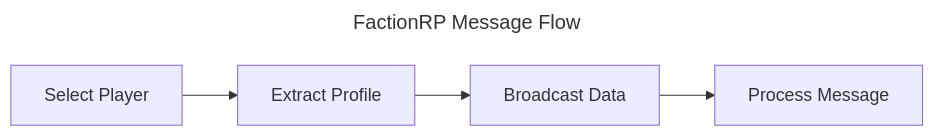
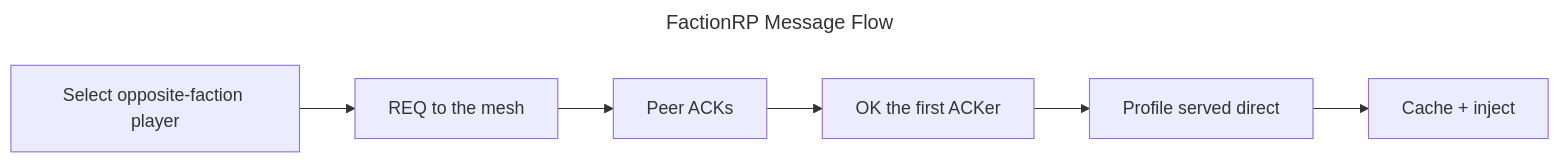
One commit to Duschgell/FactionRP changed the diagram in README.md. Above: the diagram before and after it, drawn with Mermaid. The commit also changed other lines of this file and 12 other files, not shown here.

````diff
--- a/README.md
+++ b/README.md
@@ -14,15 +18,19 @@
 ```mermaid
 ---
 title: FactionRP Message Flow
 ---
 
 flowchart LR
-    start[Select Player]
-    extract[Extract Profile]
-    broadcast[Broadcast Data]
-    process[Process Message]
-    
-    start --> extract
-    extract --> broadcast
-    broadcast --> process
+    start[Select opposite-faction player]
+    request[REQ to the mesh]
+    ack[Peer ACKs]
+    ok[OK the first ACKer]
+    serve[Profile served direct]
+    process[Cache + inject]
+
+    start --> request
+    request --> ack
+    ack --> ok
+    ok --> serve
+    serve --> process
 ```
````
